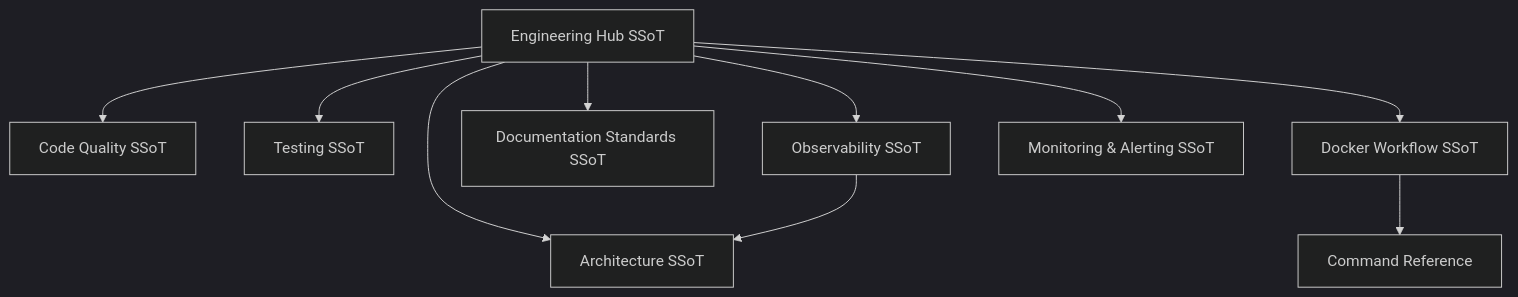
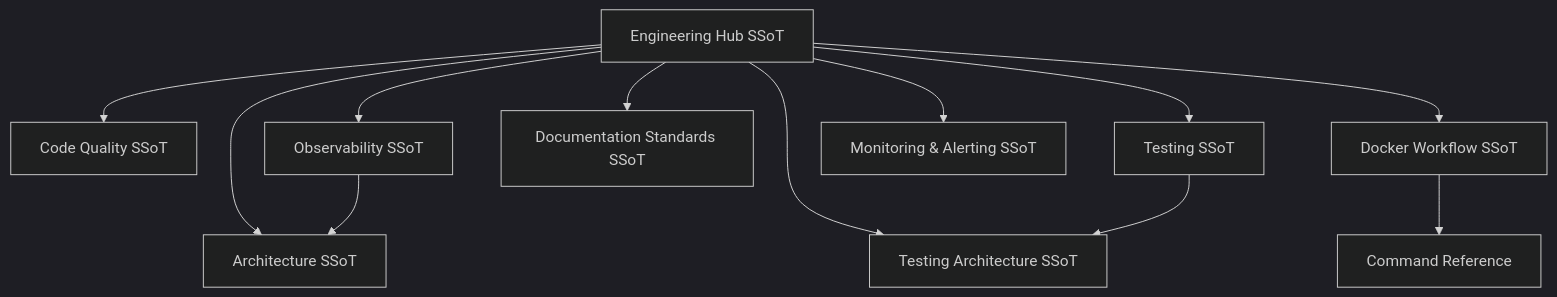
Before and after one commit to Tuee22/effectful: the diagram in documents/engineering/README.md, drawn with Mermaid (dark theme). The commit also changed other lines of this file and 34 other files, not shown here.

````diff
--- a/documents/engineering/README.md
+++ b/documents/engineering/README.md
@@ -14,22 +14,25 @@
 ```mermaid
 flowchart TB
   Hub[Engineering Hub SSoT]
   Arch[Architecture SSoT]
   CodeQuality[Code Quality SSoT]
   Testing[Testing SSoT]
+  TestingArch[Testing Architecture SSoT]
   Docker[Docker Workflow SSoT]
   Docs[Documentation Standards SSoT]
   Observability[Observability SSoT]
   MonAlert[Monitoring & Alerting SSoT]
 
   Hub --> Arch
   Hub --> CodeQuality
   Hub --> Testing
+  Hub --> TestingArch
   Hub --> Docker
   Hub --> Docs
   Hub --> Observability
   Hub --> MonAlert
+  Testing --> TestingArch
   Observability --> Arch
   CommandRef[Command Reference]
   Docker --> CommandRef
 ```
````
